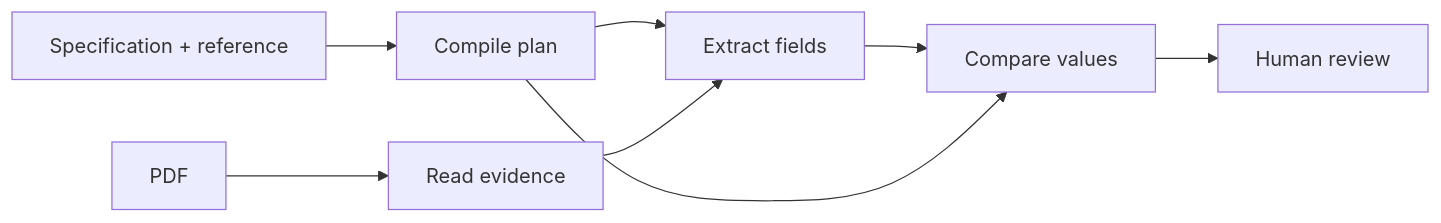
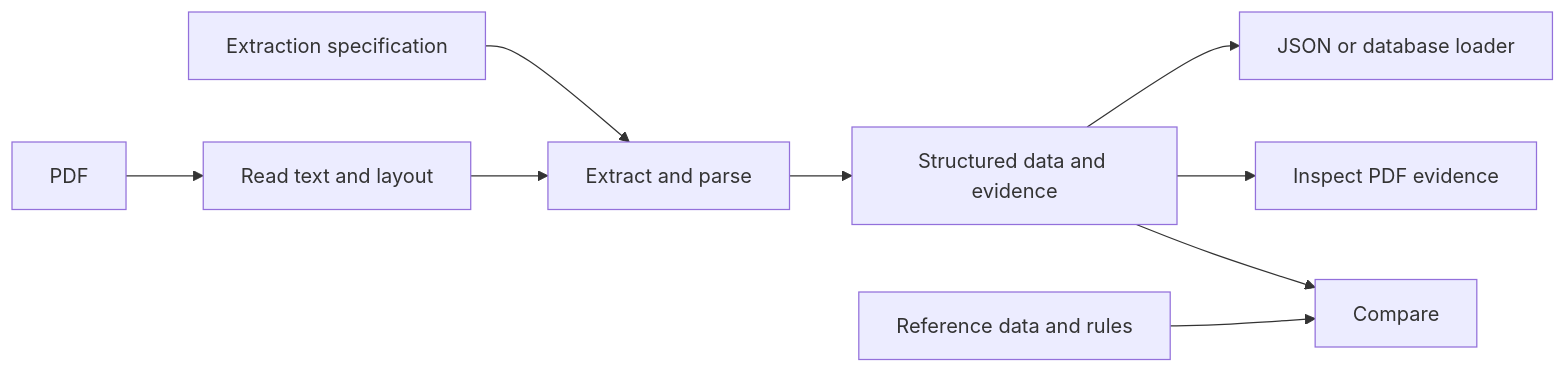
One commit to sims1253/nebu changed the diagram in janus/DESIGN.md. Above: the diagram before and after it, drawn with Mermaid. The commit also changed other lines of this file and 24 other files, not shown here.

Commit message:
Add extraction workbench with PDF evidence and independent comparison

````diff
--- a/janus/DESIGN.md
+++ b/janus/DESIGN.md
@@ -3,10 +3,11 @@
 ```mermaid
 flowchart LR
-    S[Specification + reference] --> C[Compile plan]
-    P[PDF] --> R[Read evidence]
-    C --> E[Extract fields]
+    P[PDF] --> R[Read text and layout]
+    S[Extraction specification] --> E[Extract and parse]
     R --> E
-    E --> M[Compare values]
-    C --> M
-    M --> U[Human review]
+    E --> D[Structured data and evidence]
+    D --> J[JSON or database loader]
+    D --> I[Inspect PDF evidence]
+    D --> C[Compare]
+    T[Reference data and rules] --> C
 ```
````
